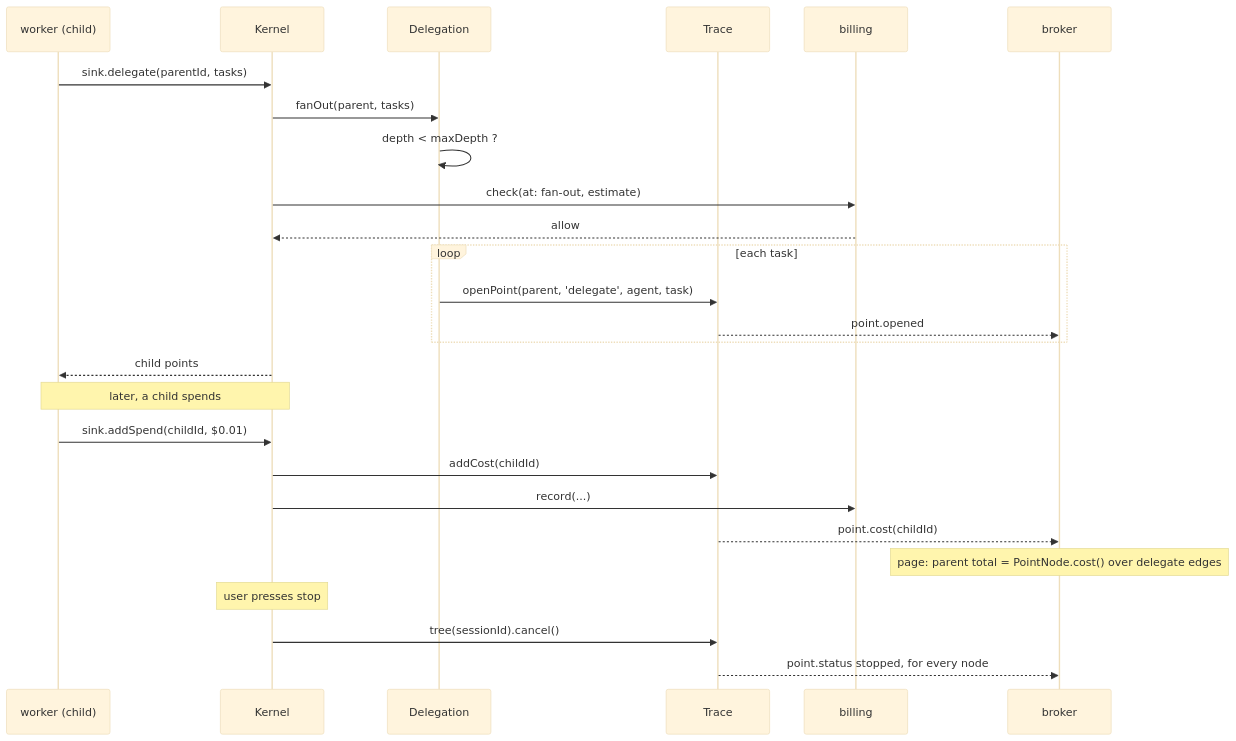
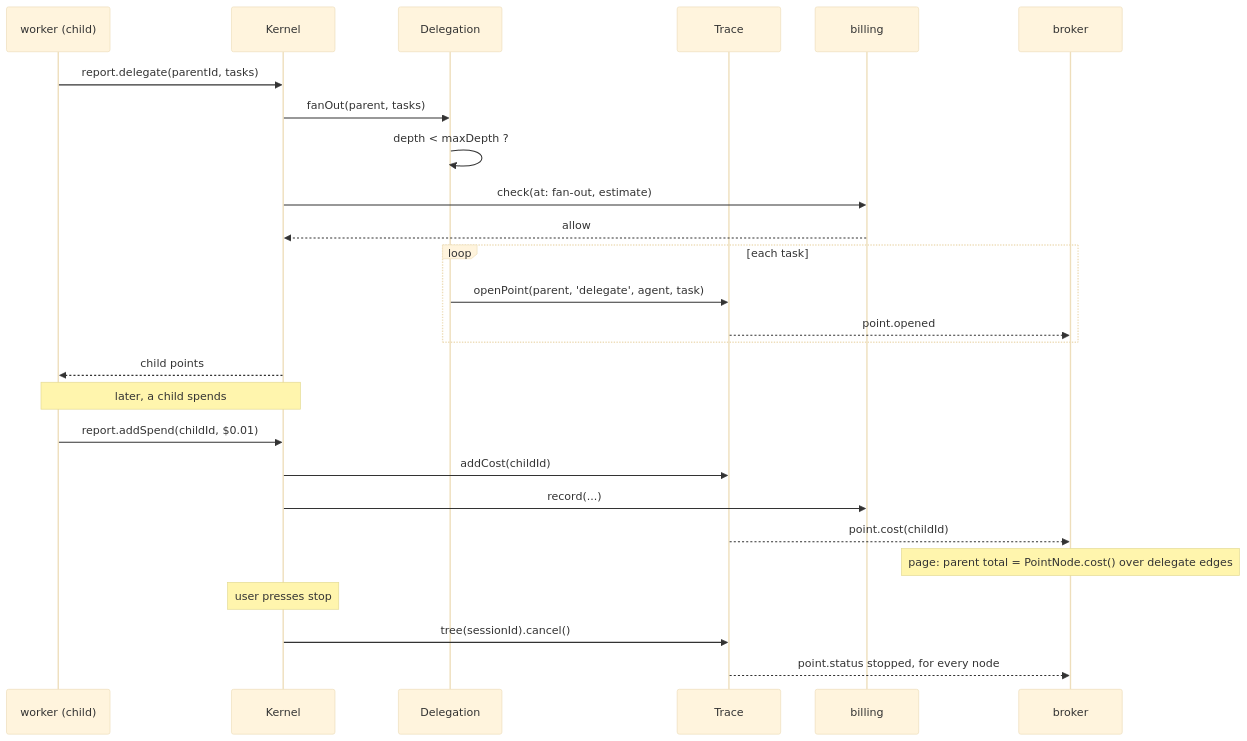
Before and after one commit to ziyangliu-666/lumen-next: diagram 13 of 16 in docs/ARCHITECTURE.md, drawn with Mermaid (base theme). The commit also changed other lines of this file and 17 other files, not shown here.

````diff
--- a/docs/ARCHITECTURE.md
+++ b/docs/ARCHITECTURE.md
@@ -635,29 +635,29 @@
 ```mermaid
 sequenceDiagram
   participant W as worker (child)
   participant K as Kernel
   participant D as Delegation
   participant T as Trace
   participant M as billing
   participant B as broker
 
-  W->>K: sink.delegate(parentId, tasks)
+  W->>K: report.delegate(parentId, tasks)
   K->>D: fanOut(parent, tasks)
   D->>D: depth < maxDepth ?
   K->>M: check(at: fan-out, estimate)
   M-->>K: allow
   loop each task
     D->>T: openPoint(parent, 'delegate', agent, task)
     T-->>B: point.opened
   end
   K-->>W: child points
   Note over W,K: later, a child spends
-  W->>K: sink.addSpend(childId, $0.01)
+  W->>K: report.addSpend(childId, $0.01)
   K->>T: addCost(childId)
   K->>M: record(...)
   T-->>B: point.cost(childId)
   Note over B: page: parent total = PointNode.cost() over delegate edges
   Note over K: user presses stop
   K->>T: tree(sessionId).cancel()
   T-->>B: point.status stopped, for every node
 ```
````
